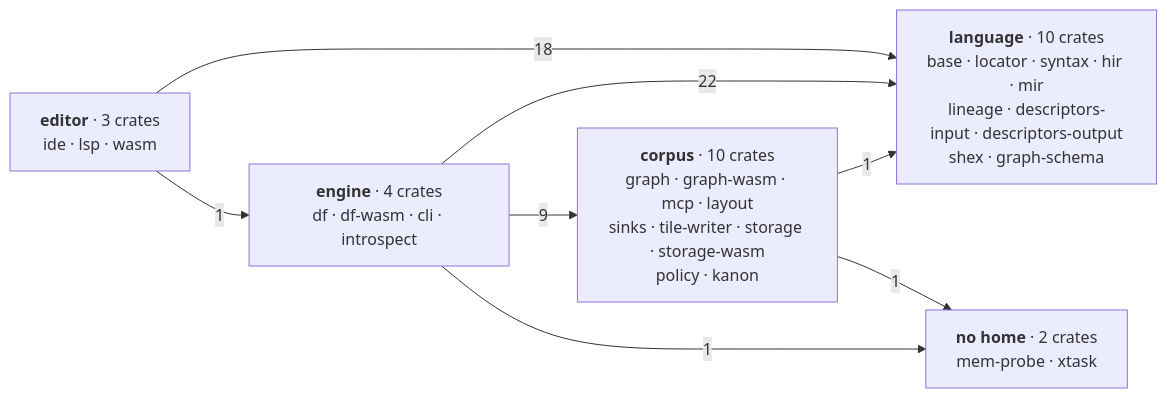
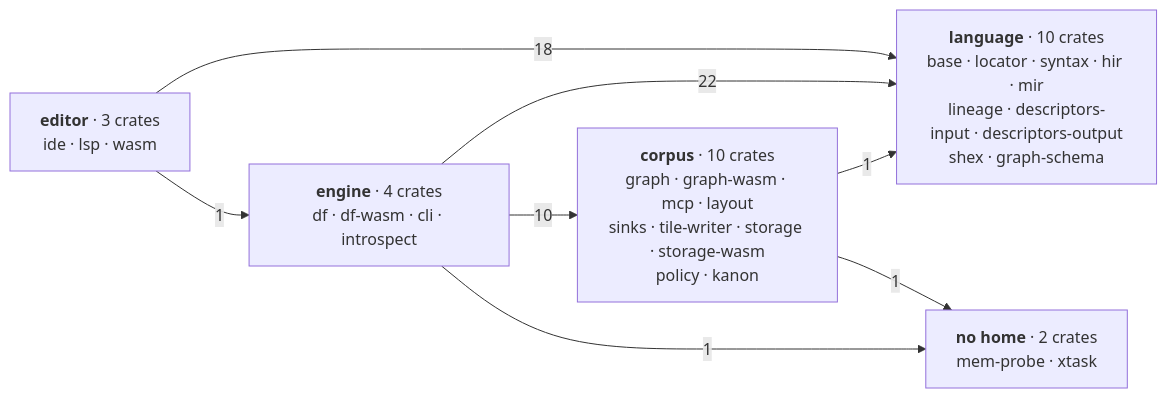
One commit to Kanzo-Tech/fossil-lang changed the first of 4 diagrams in docs/content/docs/(root)/architecture.mdx. Above: the diagram before and after it, drawn with Mermaid. The commit also changed other lines of this file, not shown here.

Commit message:
docs(architecture): the group diagram carries ten engine → corpus edges
The storage merge gave `fossil-df-wasm` and `fossil-introspect` an edge to
`fossil-storage`, and the manifests now carry ten engine → corpus edges where
the diagram said nine; `content.test.ts` has been red on main since. 54
cross-group edges in all.

````diff
--- a/docs/content/docs/(root)/architecture.mdx
+++ b/docs/content/docs/(root)/architecture.mdx
@@ -148,16 +148,16 @@
 ```mermaid
 graph LR
   L["<b>language</b> · 10 crates<br/>base · locator · syntax · hir · mir<br/>lineage · descriptors-input · descriptors-output<br/>shex · graph-schema"]
   E["<b>editor</b> · 3 crates<br/>ide · lsp · wasm"]
   M["<b>engine</b> · 4 crates<br/>df · df-wasm · cli · introspect"]
   C["<b>corpus</b> · 10 crates<br/>graph · graph-wasm · mcp · layout<br/>sinks · tile-writer · storage · storage-wasm<br/>policy · kanon"]
   X["<b>no home</b> · 2 crates<br/>mem-probe · xtask"]
 
   E -->|18| L
   E -->|1| M
   M -->|22| L
-  M -->|9| C
+  M -->|10| C
   C -->|1| L
   M -->|1| X
   C -->|1| X
 ```
````
